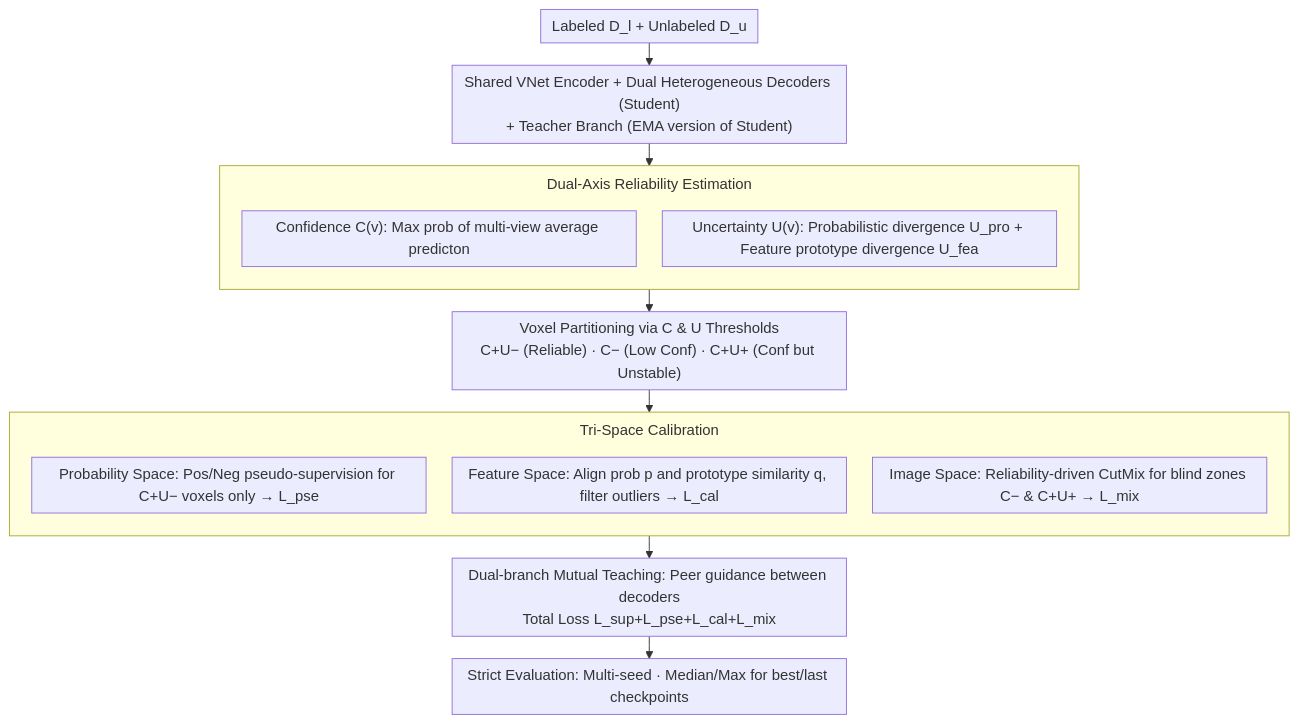
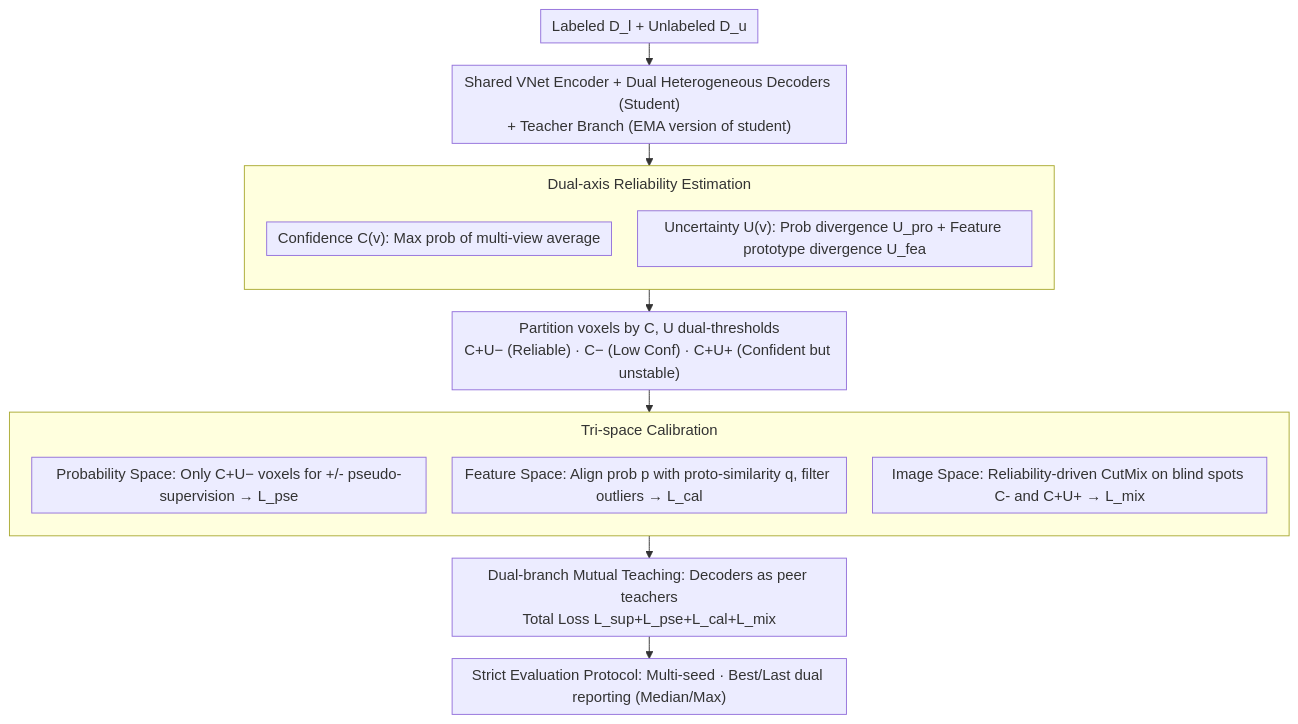
The diagram in docs/ICML2026/medical_imaging/are_we_overconfident_in_models_and_results_for_semi-supervised_3d_medical_image_.md (zhaoyang97/Paper-Notes-en), drawn with Mermaid before and after one commit. The commit also changed other lines of this file and 5084 other files, not shown here.

````diff
--- a/docs/ICML2026/medical_imaging/are_we_overconfident_in_models_and_results_for_semi-supervised_3d_medical_image_.md
+++ b/docs/ICML2026/medical_imaging/are_we_overconfident_in_models_and_results_for_semi-supervised_3d_medical_image_.md
@@ -46,21 +46,21 @@
 ```mermaid
 %%{init: {'flowchart': {'rankSpacing': 24, 'nodeSpacing': 28, 'padding': 6, 'wrappingWidth': 400, 'subGraphTitleMargin': {'top': 8, 'bottom': 16}}}}%%
 flowchart TD
-    A["Labeled D_l + Unlabeled D_u"] --> B["Shared VNet Encoder + Dual Heterogeneous Decoders (Student)<br/>+ Teacher Branch (EMA version of Student)"]
+    A["Labeled D_l + Unlabeled D_u"] --> B["Shared VNet Encoder + Dual Heterogeneous Decoders (Student)<br/>+ Teacher Branch (EMA version of student)"]
     B --> C
-    subgraph C["Dual-Axis Reliability Estimation"]
+    subgraph C["Dual-axis Reliability Estimation"]
         direction TB
-        C1["Confidence C(v): Max prob of multi-view average predicton"]
-        C2["Uncertainty U(v): Probabilistic divergence U_pro + Feature prototype divergence U_fea"]
+        C1["Confidence C(v): Max prob of multi-view average"]
+        C2["Uncertainty U(v): Prob divergence U_pro + Feature prototype divergence U_fea"]
     end
-    C --> D["Voxel Partitioning via C & U Thresholds<br/>C+U− (Reliable) · C− (Low Conf) · C+U+ (Conf but Unstable)"]
+    C --> D["Partition voxels by C, U dual-thresholds<br/>C+U− (Reliable) · C− (Low Conf) · C+U+ (Confident but unstable)"]
     D --> E
-    subgraph E["Tri-Space Calibration"]
+    subgraph E["Tri-space Calibration"]
         direction TB
-        E1["Probability Space: Pos/Neg pseudo-supervision for C+U− voxels only → L_pse"]
-        E2["Feature Space: Align prob p and prototype similarity q, filter outliers → L_cal"]
-        E3["Image Space: Reliability-driven CutMix for blind zones C− & C+U+ → L_mix"]
+        E1["Probability Space: Only C+U− voxels for +/- pseudo-supervision → L_pse"]
+        E2["Feature Space: Align prob p with proto-similarity q, filter outliers → L_cal"]
+        E3["Image Space: Reliability-driven CutMix on blind spots C- and C+U+ → L_mix"]
     end
-    E --> F["Dual-branch Mutual Teaching: Peer guidance between decoders<br/>Total Loss L_sup+L_pse+L_cal+L_mix"]
-    F --> G["Strict Evaluation: Multi-seed · Median/Max for best/last checkpoints"]
+    E --> F["Dual-branch Mutual Teaching: Decoders as peer teachers<br/>Total Loss L_sup+L_pse+L_cal+L_mix"]
+    F --> G["Strict Evaluation Protocol: Multi-seed · Best/Last dual reporting (Median/Max)"]
 ```
````
